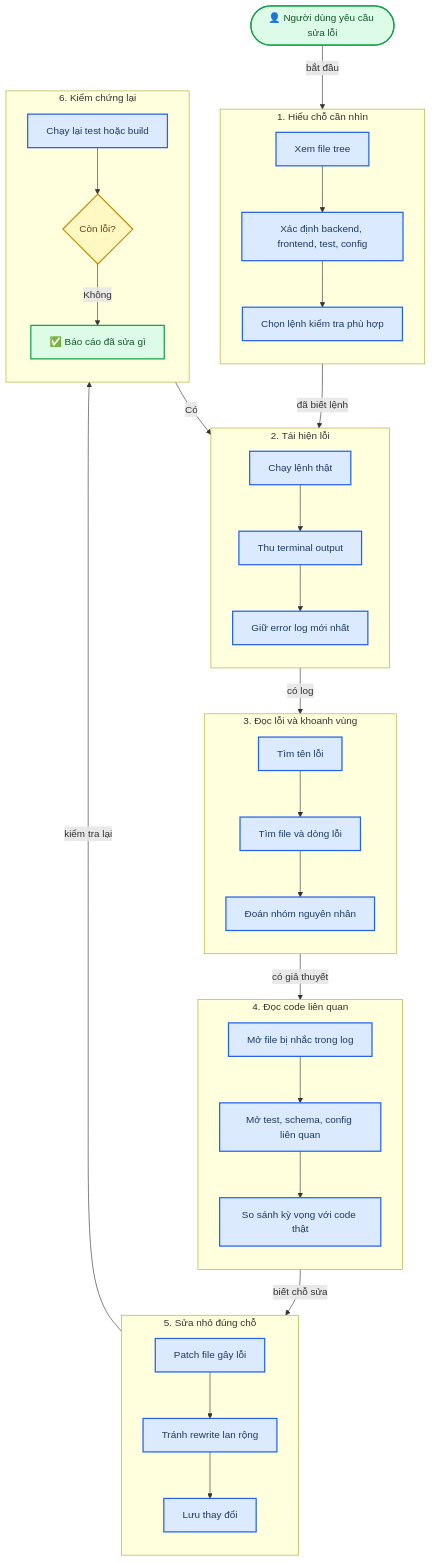
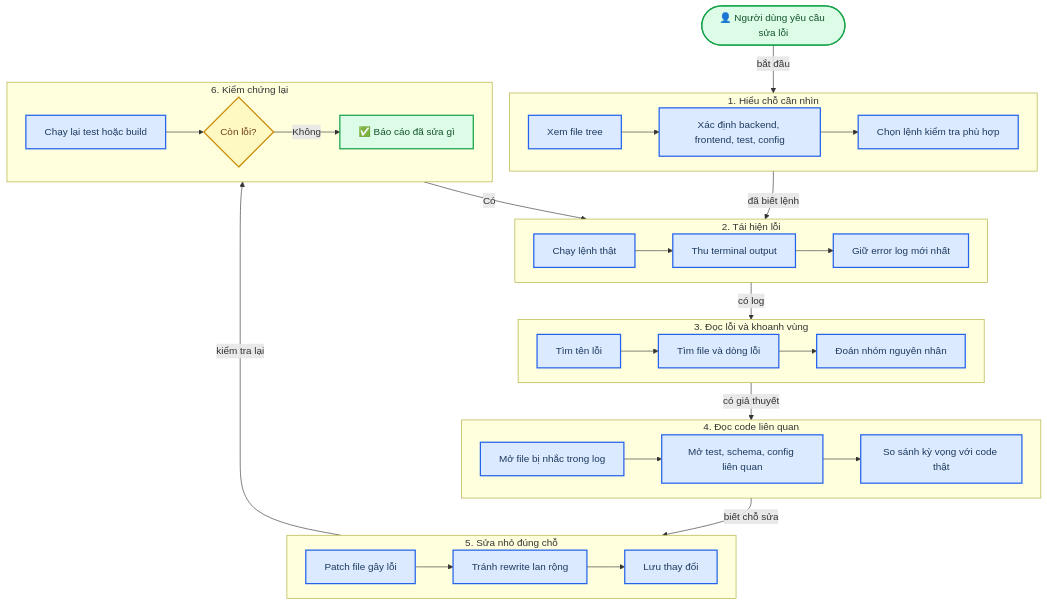
The ninth of 9 diagrams in README.md (lamvu-ha/Hermes_From-theory-to-practice), drawn with Mermaid before and after one commit.

Commit message:
Compact debugging loop diagram

````diff
--- a/README.md
+++ b/README.md
@@ -764,72 +764,73 @@
 ```mermaid
+%%{init: {"flowchart": {"nodeSpacing": 28, "rankSpacing": 36}, "themeVariables": {"fontSize": "16px"}}}%%
 flowchart TD
     accTitle: Hermes Debugging Loop
     accDescr: Flow showing each debugging stage and the concrete execution steps inside it
 
     fix_request([👤 Người dùng yêu cầu sửa lỗi])
 
     subgraph repo_context["1. Hiểu chỗ cần nhìn"]
-        direction TB
+        direction LR
         rc1[Xem file tree]
         rc2[Xác định backend, frontend, test, config]
         rc3[Chọn lệnh kiểm tra phù hợp]
         rc1 --> rc2 --> rc3
     end
 
     subgraph reproduce["2. Tái hiện lỗi"]
-        direction TB
+        direction LR
         rp1[Chạy lệnh thật]
         rp2[Thu terminal output]
         rp3[Giữ error log mới nhất]
         rp1 --> rp2 --> rp3
     end
 
     subgraph diagnose["3. Đọc lỗi và khoanh vùng"]
-        direction TB
+        direction LR
         dg1[Tìm tên lỗi]
         dg2[Tìm file và dòng lỗi]
         dg3[Đoán nhóm nguyên nhân]
         dg1 --> dg2 --> dg3
     end
 
     subgraph inspect["4. Đọc code liên quan"]
-        direction TB
+        direction LR
         i1[Mở file bị nhắc trong log]
         i2[Mở test, schema, config liên quan]
         i3[So sánh kỳ vọng với code thật]
         i1 --> i2 --> i3
     end
 
     subgraph patch["5. Sửa nhỏ đúng chỗ"]
-        direction TB
+        direction LR
         p1[Patch file gây lỗi]
         p2[Tránh rewrite lan rộng]
         p3[Lưu thay đổi]
         p1 --> p2 --> p3
     end
 
     subgraph verify_fix["6. Kiểm chứng lại"]
-        direction TB
+        direction LR
         vf1[Chạy lại test hoặc build]
         vf2{Còn lỗi?}
         vf3[✅ Báo cáo đã sửa gì]
         vf1 --> vf2
         vf2 -->|Không| vf3
     end
 
     fix_request -->|bắt đầu| rc1
     rc3 -->|đã biết lệnh| rp1
     rp3 -->|có log| dg1
     dg3 -->|có giả thuyết| i1
     i3 -->|biết chỗ sửa| p1
     p3 -->|kiểm tra lại| vf1
     vf2 -->|Có| rp2
 
     classDef decision fill:#fef9c3,stroke:#ca8a04,stroke-width:2px,color:#713f12
     classDef process fill:#dbeafe,stroke:#2563eb,stroke-width:2px,color:#1e3a5f
     classDef success fill:#dcfce7,stroke:#16a34a,stroke-width:2px,color:#14532d
 
     class vf2 decision
     class rc1,rc2,rc3,rp1,rp2,rp3,dg1,dg2,dg3,i1,i2,i3,p1,p2,p3,vf1 process
     class fix_request,vf3 success
 ```
````
